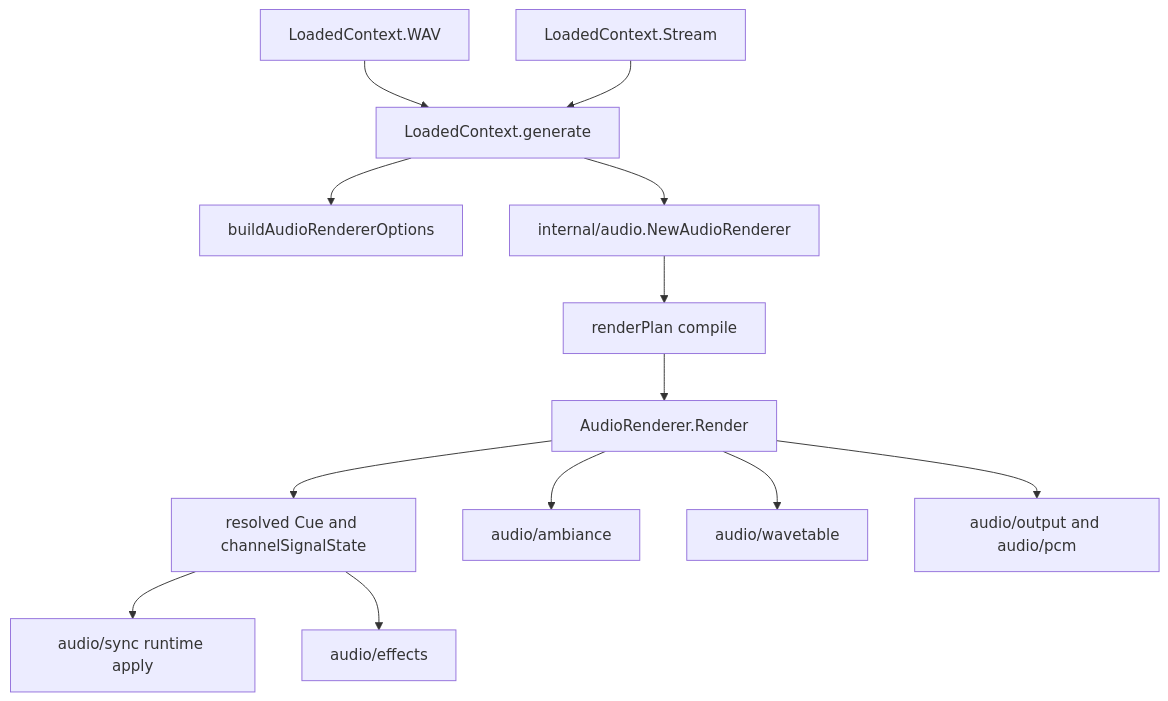
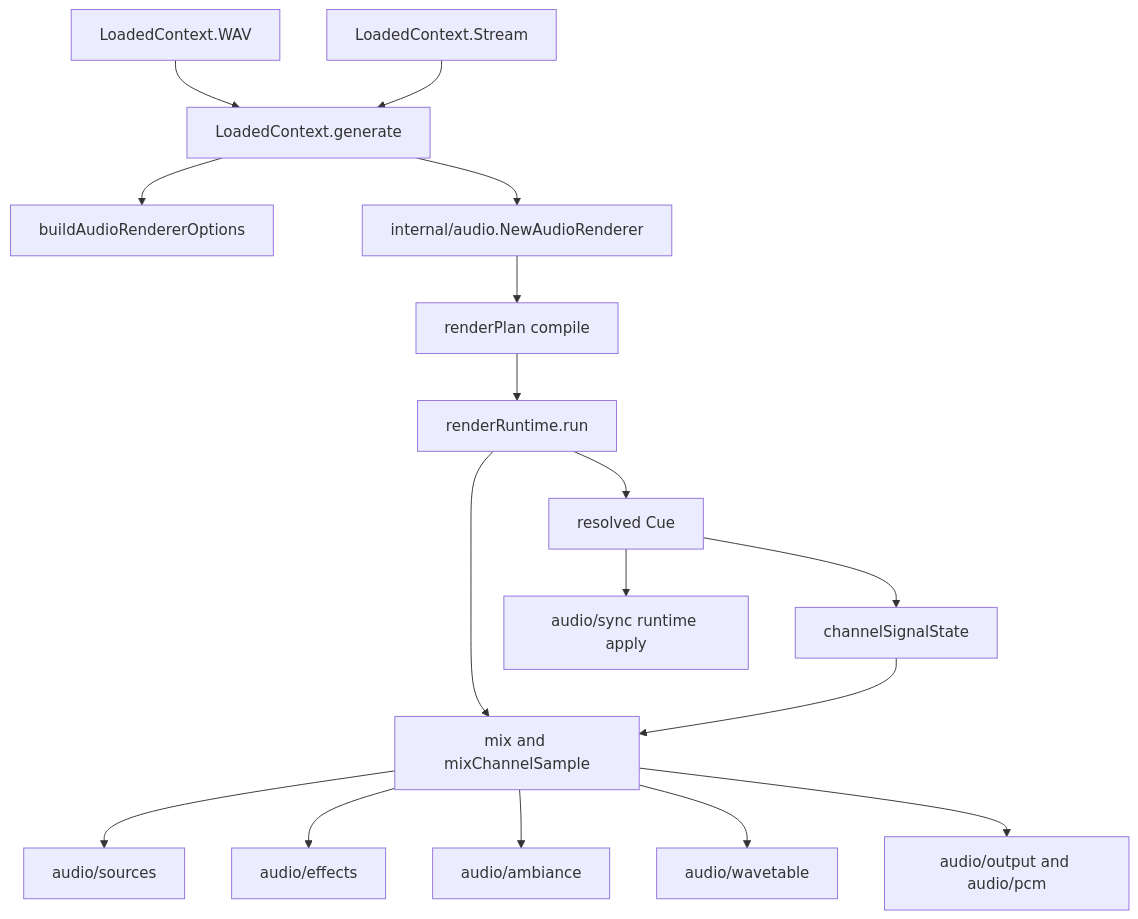
The fourth of 5 diagrams in ARCHITECTURE.md (synapseq-foundation/synapseq), drawn with Mermaid before and after one commit. The commit also changed other lines of this file, not shown here.

Commit message:
docs: update audio flow architecture with new sources and mixing logic

````diff
--- a/ARCHITECTURE.md
+++ b/ARCHITECTURE.md
@@ -252,15 +261,19 @@
 ```mermaid
 flowchart TD
 	WAV[LoadedContext.WAV] --> Generate[LoadedContext.generate]
 	Stream[LoadedContext.Stream] --> Generate
 	Generate --> RendererOptions[buildAudioRendererOptions]
 	Generate --> Renderer[internal/audio.NewAudioRenderer]
 	Renderer --> RenderPlan[renderPlan compile]
-	RenderPlan --> RenderLoop[AudioRenderer.Render]
-	RenderLoop --> Cue[resolved Cue and channelSignalState]
+	RenderPlan --> RenderLoop[renderRuntime.run]
+	RenderLoop --> Cue[resolved Cue]
+	Cue --> SignalState[channelSignalState]
 	Cue --> Sync[audio/sync runtime apply]
-	Cue --> Effects[audio/effects]
-	RenderLoop --> Ambiance[audio/ambiance]
-	RenderLoop --> Wavetable[audio/wavetable]
-	RenderLoop --> Output[audio/output and audio/pcm]
+	RenderLoop --> Mix[mix and mixChannelSample]
+	SignalState --> Mix
+	Mix --> Sources[audio/sources]
+	Mix --> Effects[audio/effects]
+	Mix --> Ambiance[audio/ambiance]
+	Mix --> Wavetable[audio/wavetable]
+	Mix --> Output[audio/output and audio/pcm]
 ```
````
